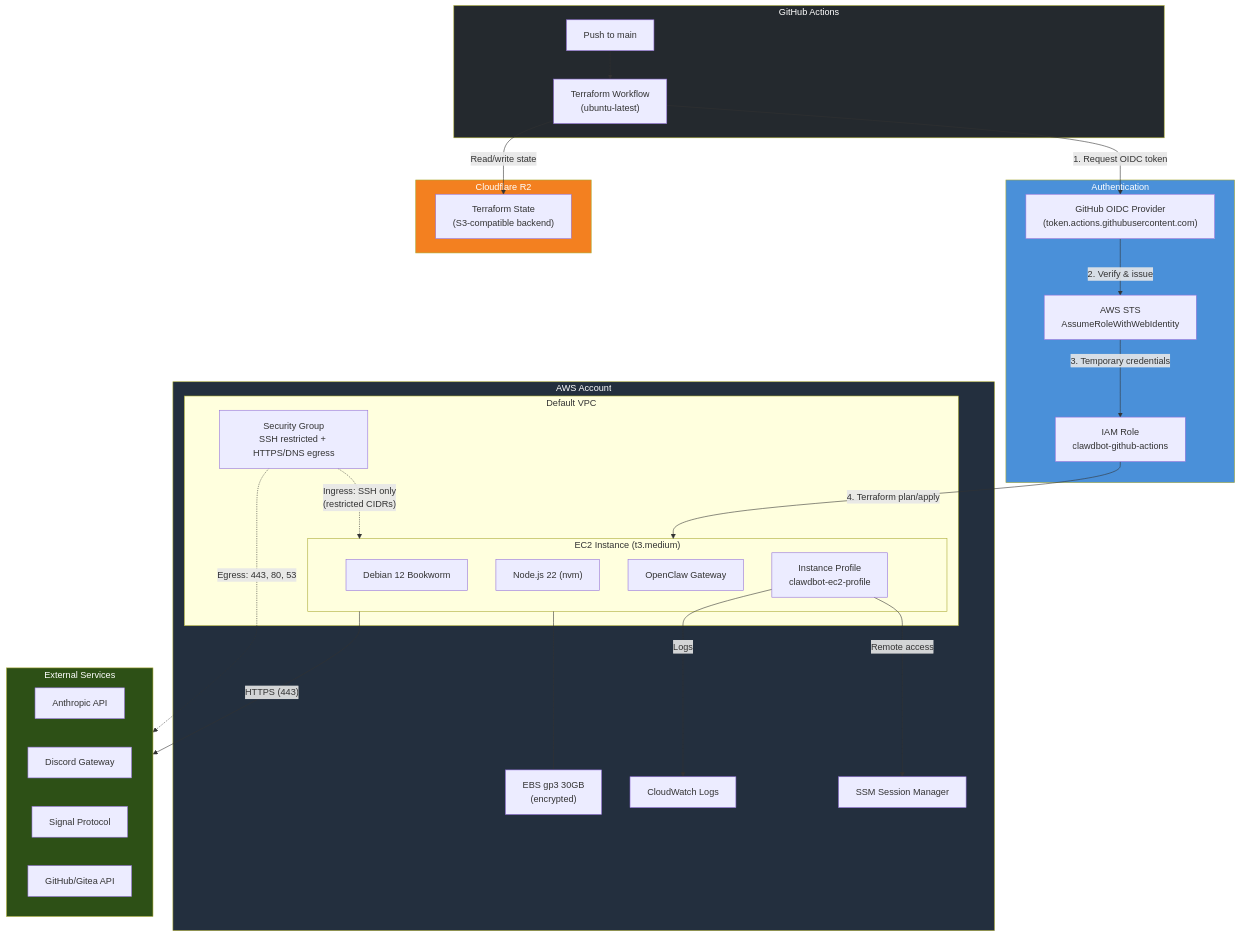
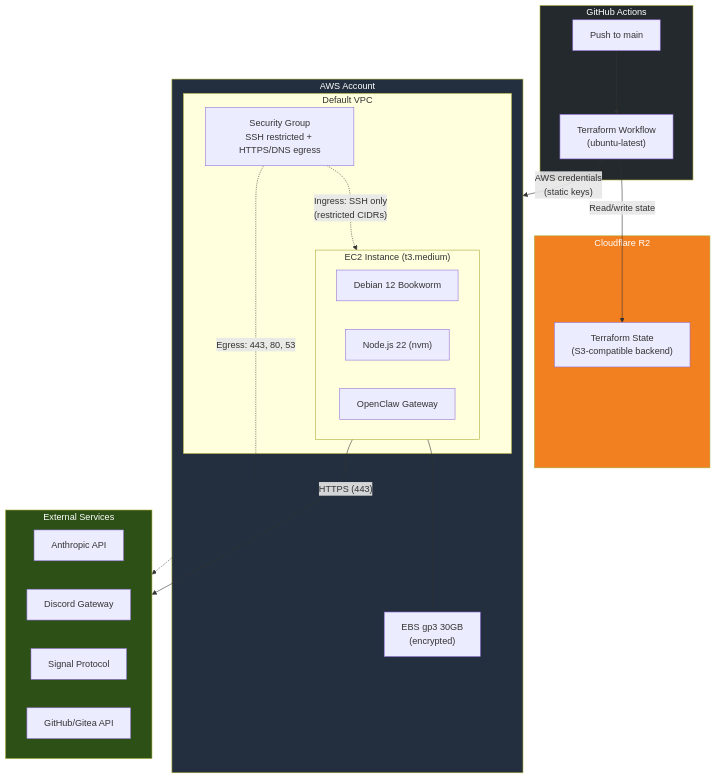
The first of 2 diagrams in README.MD (drewpypro/clawdbot-aws), drawn with Mermaid before and after one commit. The commit also changed other lines of this file and 3 other files, not shown here.

````diff
--- a/README.MD
+++ b/README.MD
@@ -7,58 +7,43 @@
 ```mermaid
 flowchart TB
     subgraph GH["GitHub Actions"]
         PR["Push to main"]
         WF["Terraform Workflow<br/>(ubuntu-latest)"]
         PR --> WF
-    end
-
-    subgraph AUTH["Authentication"]
-        OIDC["GitHub OIDC Provider<br/>(token.actions.githubusercontent.com)"]
-        STS["AWS STS<br/>AssumeRoleWithWebIdentity"]
-        ROLE["IAM Role<br/>clawdbot-github-actions"]
     end
 
     subgraph AWS["AWS Account"]
         subgraph VPC["Default VPC"]
             SG["Security Group<br/>SSH restricted + HTTPS/DNS egress"]
             subgraph EC2["EC2 Instance (t3.medium)"]
                 OS["Debian 12 Bookworm"]
                 NODE["Node.js 22 (nvm)"]
                 OC["OpenClaw Gateway"]
-                PROF["Instance Profile<br/>clawdbot-ec2-profile"]
             end
         end
         EBS["EBS gp3 30GB<br/>(encrypted)"]
-        CW["CloudWatch Logs"]
-        SSM["SSM Session Manager"]
     end
 
     subgraph R2["Cloudflare R2"]
         STATE["Terraform State<br/>(S3-compatible backend)"]
     end
 
     subgraph EXT["External Services"]
         ANTH["Anthropic API"]
         DISC["Discord Gateway"]
         SIG["Signal Protocol"]
         GITAPI["GitHub/Gitea API"]
     end
 
-    WF -- "1. Request OIDC token" --> OIDC
-    OIDC -- "2. Verify & issue" --> STS
-    STS -- "3. Temporary credentials" --> ROLE
-    ROLE -- "4. Terraform plan/apply" --> EC2
+    WF -- "AWS credentials<br/>(static keys)" --> AWS
     WF -- "Read/write state" --> STATE
     EC2 --- EBS
     EC2 -- "HTTPS (443)" --> EXT
-    PROF -- "Logs" --> CW
-    PROF -- "Remote access" --> SSM
     SG -. "Ingress: SSH only<br/>(restricted CIDRs)" .-> EC2
     SG -. "Egress: 443, 80, 53" .-> EXT
 
     style GH fill:#24292e,color:#fff
     style AWS fill:#232f3e,color:#fff
     style R2 fill:#f38020,color:#fff
-    style AUTH fill:#4a90d9,color:#fff
     style EXT fill:#2d5016,color:#fff
 ```
````
